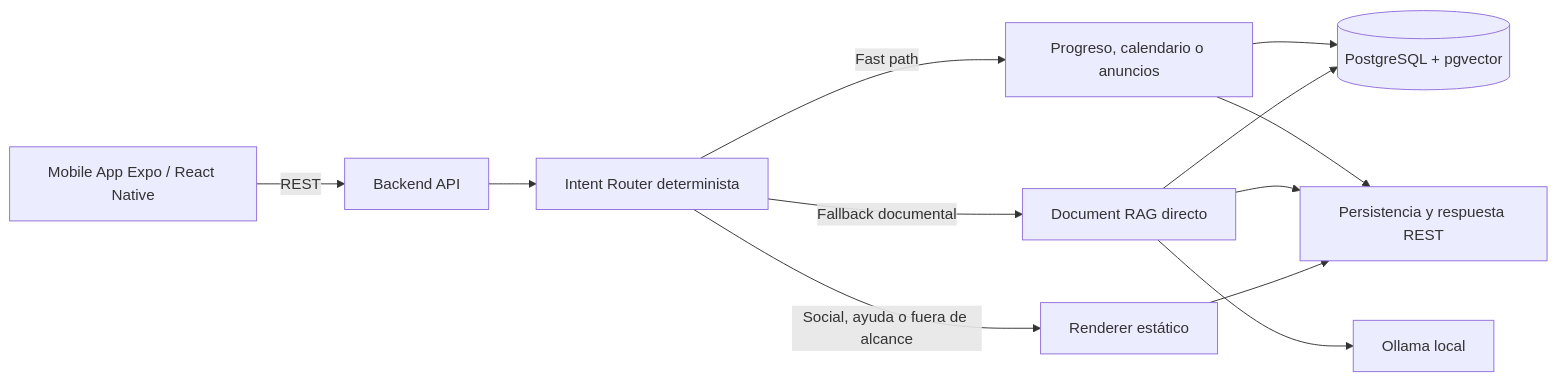
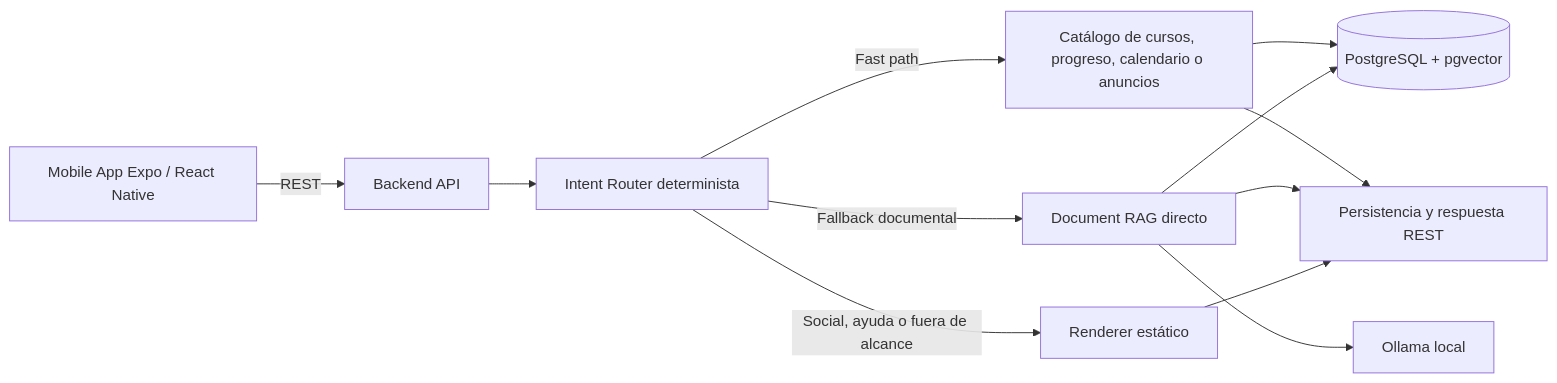
Before and after one commit to XeyKG/BanuChat_: the second of 4 diagrams in docs/arquitectura.md, drawn with Mermaid. The commit also changed other lines of this file and 15 other files, not shown here.

First line of the commit message:
Add course catalog fast path

````diff
--- a/docs/arquitectura.md
+++ b/docs/arquitectura.md
@@ -80,14 +80,14 @@
 ```mermaid
 flowchart LR
     mobile["Mobile App Expo / React Native"] -->|"REST"| api["Backend API"]
     api --> router["Intent Router determinista"]
-    router -->|"Fast path"| fast["Progreso, calendario o anuncios"]
+    router -->|"Fast path"| fast["Catálogo de cursos, progreso, calendario o anuncios"]
     router -->|"Social, ayuda o fuera de alcance"| static["Renderer estático"]
     router -->|"Fallback documental"| rag["Document RAG directo"]
     fast --> db[("PostgreSQL + pgvector")]
     rag --> db
     rag --> ollama["Ollama local"]
     fast --> reply["Persistencia y respuesta REST"]
     rag --> reply
     static --> reply
 ```
````
